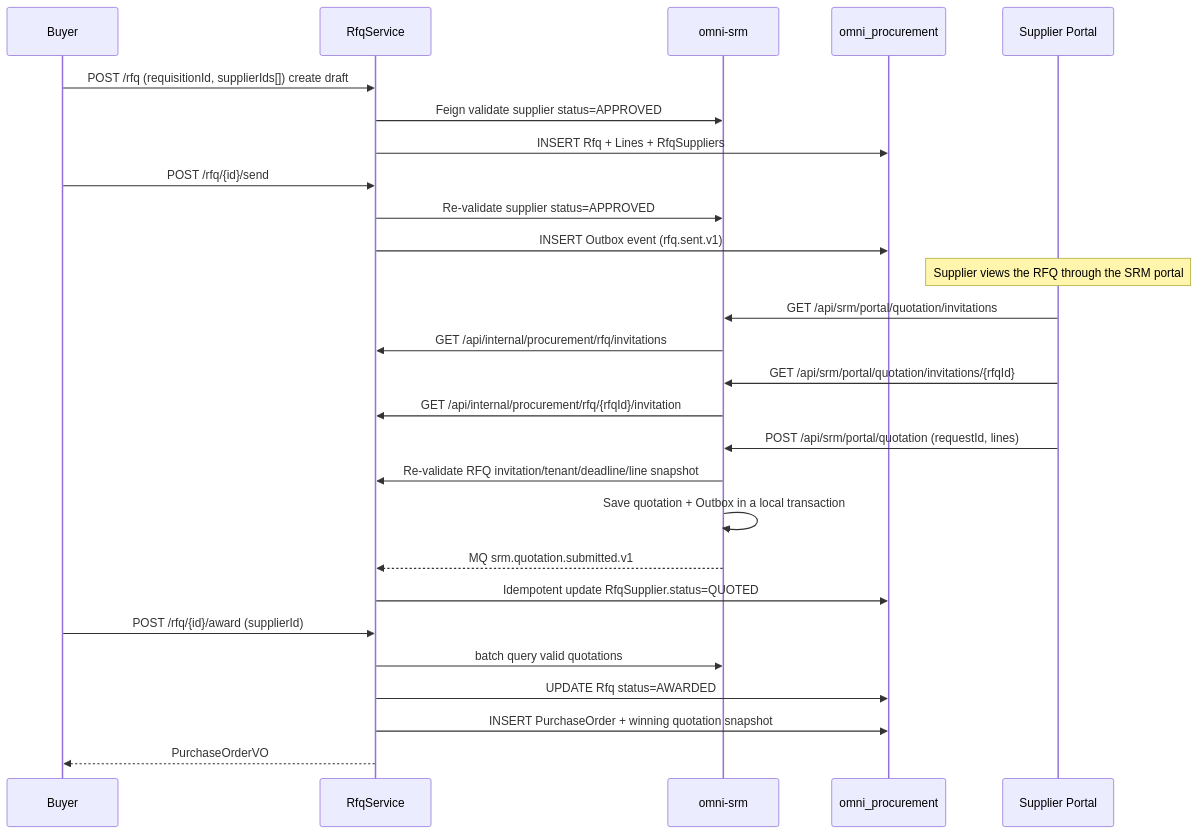
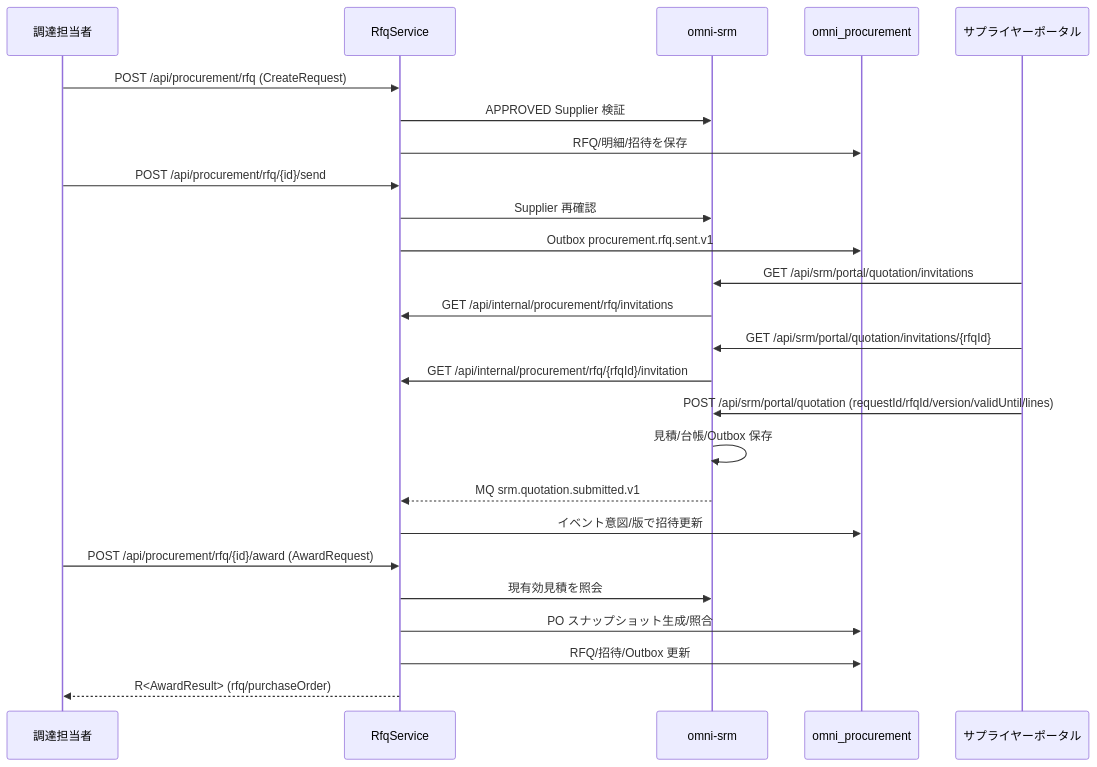
One commit to wang-baohai/Omni-Stack changed the fifth of 7 diagrams in docs/design/procurement-design.jp.md. Above: the diagram before and after it, drawn with Mermaid. The commit also changed other lines of this file and 1095 other files, not shown here.

````diff
--- a/docs/design/procurement-design.jp.md
+++ b/docs/design/procurement-design.jp.md
@@ -280,33 +285,27 @@
 ```mermaid
 sequenceDiagram
-    participant BUYER as Buyer
+    participant BUYER as 調達担当者
     participant S as RfqService
     participant SRM as omni-srm
     participant DB as omni_procurement
-    participant SUP as Supplier Portal
-
-    BUYER->>S: POST /rfq (requisitionId, supplierIds[]) create draft
-    S->>SRM: Feign validate supplier status=APPROVED
-    S->>DB: INSERT Rfq + Lines + RfqSuppliers
-    BUYER->>S: POST /rfq/{id}/send
-    S->>SRM: Re-validate supplier status=APPROVED
-    S->>DB: INSERT Outbox event (rfq.sent.v1)
-
-    Note over SUP: Supplier views the RFQ through the SRM portal
-
+    participant SUP as サプライヤーポータル
+    BUYER->>S: POST /api/procurement/rfq (CreateRequest)
+    S->>SRM: APPROVED Supplier 検証
+    S->>DB: RFQ/明細/招待を保存
+    BUYER->>S: POST /api/procurement/rfq/{id}/send
+    S->>SRM: Supplier 再確認
+    S->>DB: Outbox procurement.rfq.sent.v1
     SUP->>SRM: GET /api/srm/portal/quotation/invitations
     SRM->>S: GET /api/internal/procurement/rfq/invitations
     SUP->>SRM: GET /api/srm/portal/quotation/invitations/{rfqId}
     SRM->>S: GET /api/internal/procurement/rfq/{rfqId}/invitation
-    SUP->>SRM: POST /api/srm/portal/quotation (requestId, lines)
-    SRM->>S: Re-validate RFQ invitation/tenant/deadline/line snapshot
-    SRM->>SRM: Save quotation + Outbox in a local transaction
+    SUP->>SRM: POST /api/srm/portal/quotation (requestId/rfqId/version/validUntil/lines)
+    SRM->>SRM: 見積/台帳/Outbox 保存
     SRM-->>S: MQ srm.quotation.submitted.v1
-    S->>DB: Idempotent update RfqSupplier.status=QUOTED
-
-    BUYER->>S: POST /rfq/{id}/award (supplierId)
-    S->>SRM: batch query valid quotations
-    S->>DB: UPDATE Rfq status=AWARDED
-    S->>DB: INSERT PurchaseOrder + winning quotation snapshot
-    S-->>BUYER: PurchaseOrderVO
+    S->>DB: イベント意図/版で招待更新
+    BUYER->>S: POST /api/procurement/rfq/{id}/award (AwardRequest)
+    S->>SRM: 現有効見積を照会
+    S->>DB: PO スナップショット生成/照合
+    S->>DB: RFQ/招待/Outbox 更新
+    S-->>BUYER: R<AwardResult> (rfq/purchaseOrder)
 ```
````
